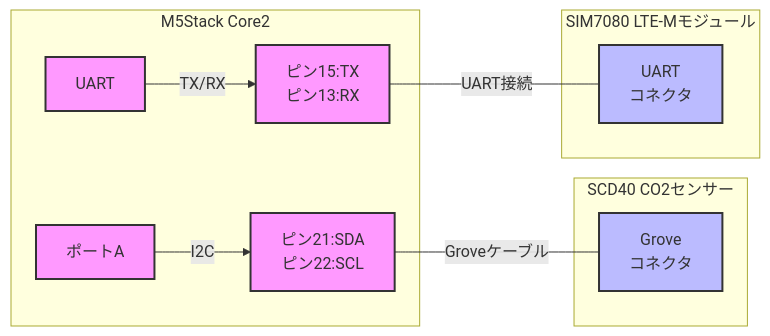
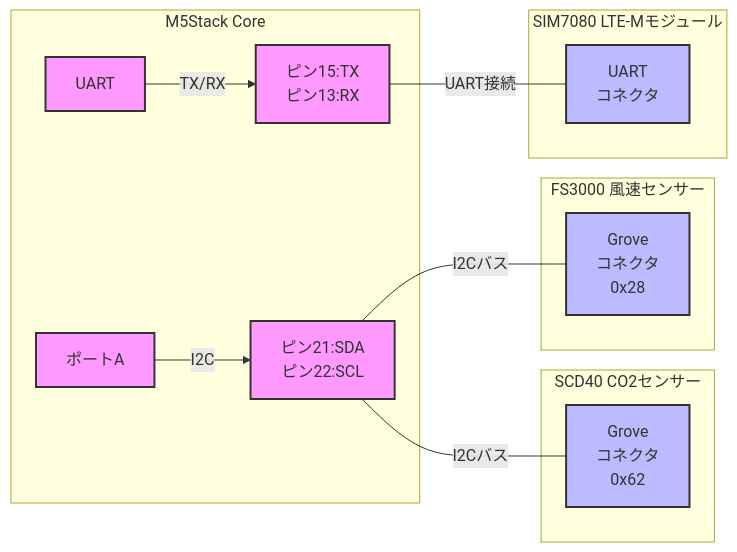
The second of 2 diagrams in README.md (takao2704/M5stack-CO2Monitor-LTEM), drawn with Mermaid before and after one commit. The commit also changed other lines of this file, not shown here.

````diff
--- a/README.md
+++ b/README.md
@@ -47,25 +55,31 @@
 ```mermaid
 graph LR
-    subgraph "M5Stack Core2"
+    subgraph "M5Stack Core"
         A[ポートA] -->|I2C| B[ピン21:SDA<br>ピン22:SCL]
         C[UART] -->|TX/RX| D[ピン15:TX<br>ピン13:RX]
     end
     
     subgraph "SCD40 CO2センサー"
-        E[Grove<br>コネクタ]
+        E[Grove<br>コネクタ<br>0x62]
+    end
+    
+    subgraph "FS3000 風速センサー"
+        F[Grove<br>コネクタ<br>0x28]
     end
     
     subgraph "SIM7080 LTE-Mモジュール"
-        F[UART<br>コネクタ]
+        G[UART<br>コネクタ]
     end
     
-    B ---|Groveケーブル| E
-    D ---|UART接続| F
+    B ---|I2Cバス| E
+    B ---|I2Cバス| F
+    D ---|UART接続| G
     
     style A fill:#f9f,stroke:#333,stroke-width:2px
     style B fill:#f9f,stroke:#333,stroke-width:2px
     style C fill:#f9f,stroke:#333,stroke-width:2px
     style D fill:#f9f,stroke:#333,stroke-width:2px
     style E fill:#bbf,stroke:#333,stroke-width:2px
     style F fill:#bbf,stroke:#333,stroke-width:2px
+    style G fill:#bbf,stroke:#333,stroke-width:2px
 ```
````
